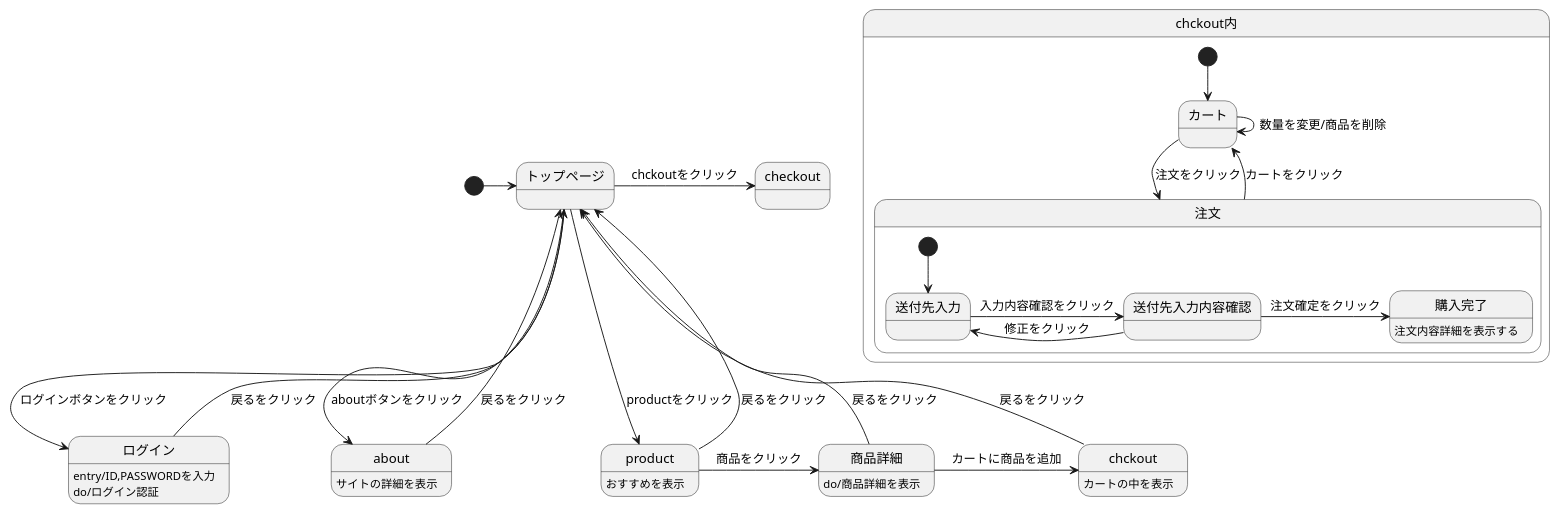
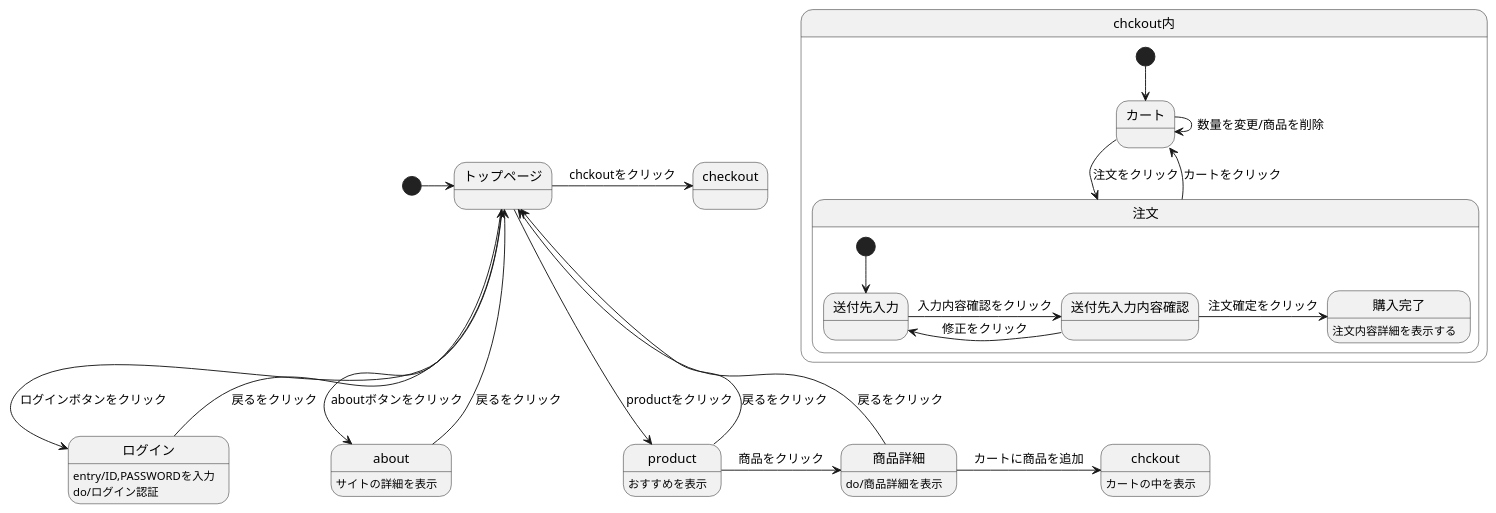
The diagram in modan.stw.md (Aso2101121/2021sys-design-2), drawn with PlantUML before and after one commit.

````diff
--- a/modan.stw.md
+++ b/modan.stw.md
@@ -1,36 +1,35 @@
 ```uml
 @startuml
 [*] -> トップページ
 トップページ -> ログイン : ログインボタンをクリック
 ログイン : entry/ID,PASSWORDを入力
 ログイン : do/ログイン認証
 ログイン --> トップページ : 戻るをクリック
 トップページ -> about : aboutボタンをクリック
 about : サイトの詳細を表示
 about --> トップページ : 戻るをクリック
 トップページ -> product : productをクリック
 product : おすすめを表示
 product --> トップページ : 戻るをクリック
 product -> 商品詳細 : 商品をクリック
 商品詳細 : do/商品詳細を表示
 商品詳細 -> chckout : カートに商品を追加
 商品詳細 --> トップページ : 戻るをクリック
 トップページ -> checkout : chckoutをクリック
 chckout : カートの中を表示
-chckout --> トップページ : 戻るをクリック
 
 state chckout内 {
  [*] --> カート
  カート -> 注文 : 注文をクリック
  カート -> カート : 数量を変更/商品を削除
  注文 --> カート : カートをクリック
  state 注文 {
   [*] --> 送付先入力
   送付先入力 -> 送付先入力内容確認 : 入力内容確認をクリック
   送付先入力内容確認 -> 送付先入力 : 修正をクリック
   送付先入力内容確認 -> 購入完了 : 注文確定をクリック 
   購入完了 : 注文内容詳細を表示する
  }
 }
 @enduml
 ```
````
